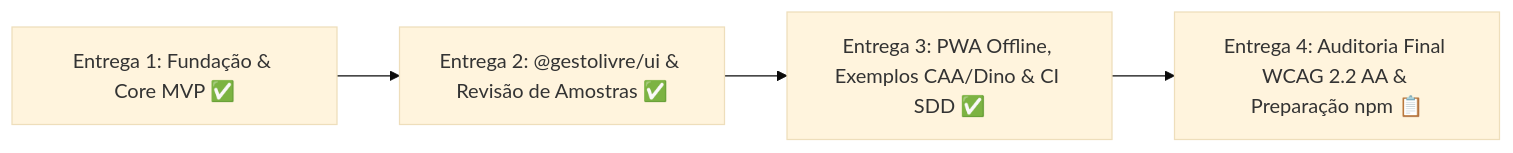
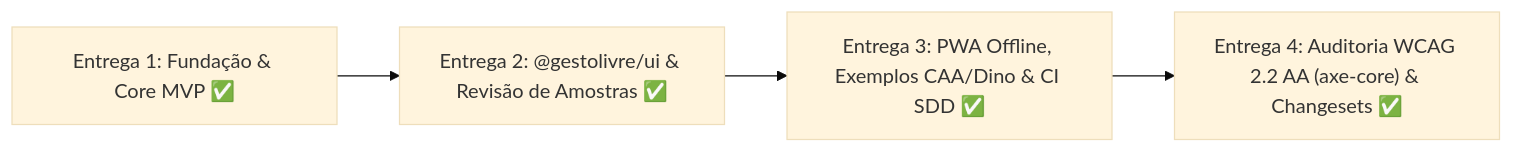
Before and after one commit to PauloHFA/GestoLivre: the diagram in PROGRESS.md, drawn with Mermaid (base theme). The commit also changed other lines of this file and 5 other files, not shown here.

Commit message:
feat: complete Entrega 4 with axe-core WCAG 2.2 AA tests, changesets and contributing guide

````diff
--- a/PROGRESS.md
+++ b/PROGRESS.md
@@ -9,6 +9,6 @@
 ```mermaid
 flowchart LR
     E1["Entrega 1: Fundação & Core MVP ✅"] --> E2["Entrega 2: @gestolivre/ui & Revisão de Amostras ✅"]
     E2 --> E3["Entrega 3: PWA Offline, Exemplos CAA/Dino & CI SDD ✅"]
-    E3 --> E4["Entrega 4: Auditoria Final WCAG 2.2 AA & Preparação npm 📋"]
+    E3 --> E4["Entrega 4: Auditoria WCAG 2.2 AA (axe-core) & Changesets ✅"]
 ```
````
